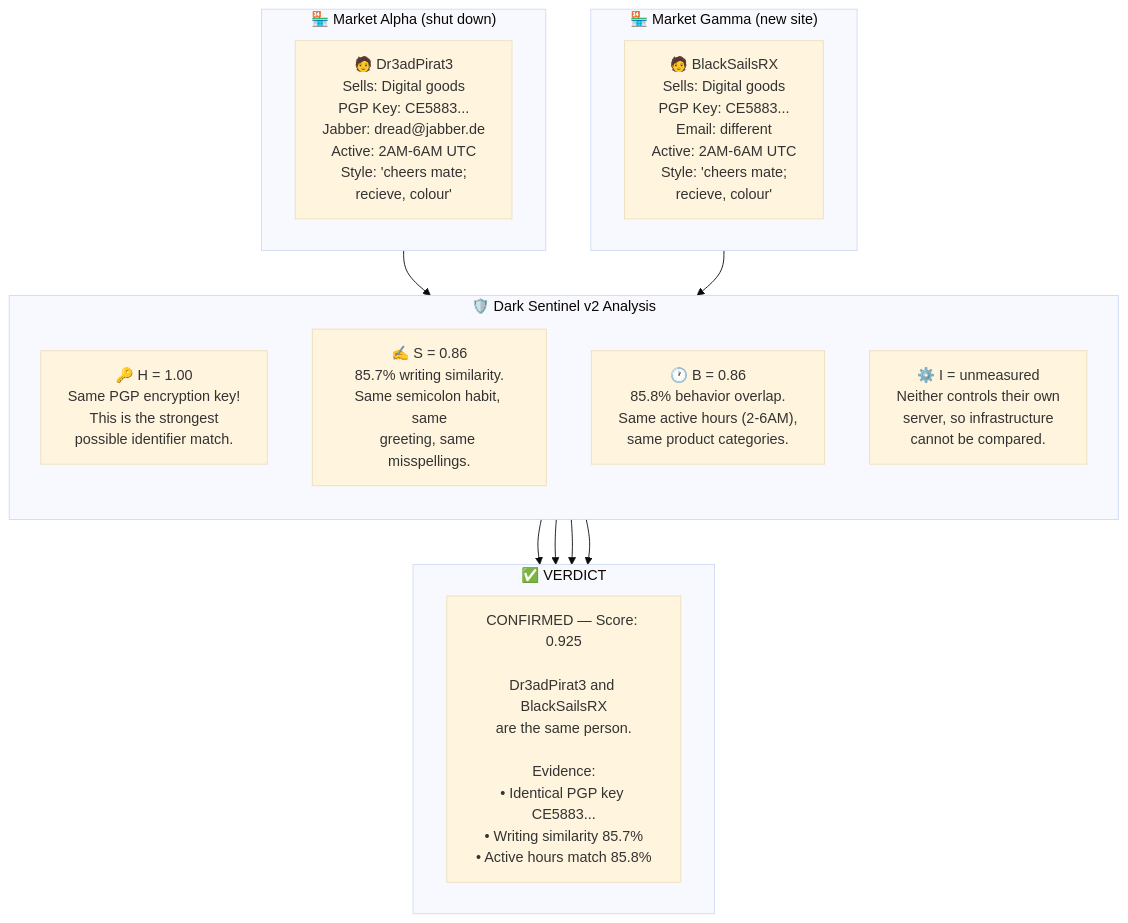
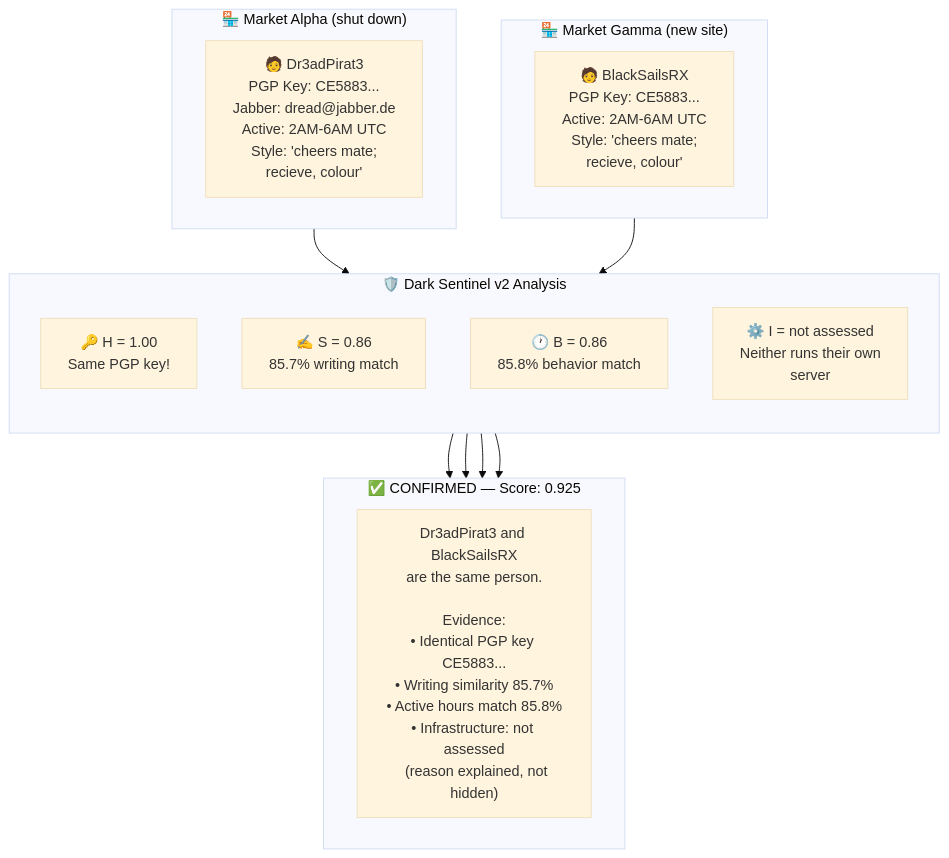
The eighth of 16 diagrams in docs/PROJECT_DOCUMENTATION.md (shubechavan/sih-bombil), drawn with Mermaid (base theme) before and after one commit. The commit also changed other lines of this file and 12 other files, not shown here.

````diff
--- a/docs/PROJECT_DOCUMENTATION.md
+++ b/docs/PROJECT_DOCUMENTATION.md
@@ -385,29 +341,29 @@
 ```mermaid
 flowchart TD
     subgraph before["🏪 Market Alpha (shut down)"]
-        VA["🧑 Dr3adPirat3<br/>Sells: Digital goods<br/>PGP Key: CE5883...<br/>Jabber: dread@jabber.de<br/>Active: 2AM-6AM UTC<br/>Style: 'cheers mate;<br/>recieve, colour'"]
+        VA["🧑 Dr3adPirat3<br/>PGP Key: CE5883...<br/>Jabber: dread@jabber.de<br/>Active: 2AM-6AM UTC<br/>Style: 'cheers mate;<br/>recieve, colour'"]
     end
 
     subgraph after["🏪 Market Gamma (new site)"]
-        VB["🧑 BlackSailsRX<br/>Sells: Digital goods<br/>PGP Key: CE5883...<br/>Email: different<br/>Active: 2AM-6AM UTC<br/>Style: 'cheers mate;<br/>recieve, colour'"]
+        VB["🧑 BlackSailsRX<br/>PGP Key: CE5883...<br/>Active: 2AM-6AM UTC<br/>Style: 'cheers mate;<br/>recieve, colour'"]
     end
 
     subgraph analysis["🛡️ Dark Sentinel v2 Analysis"]
         direction TB
-        C1["🔑 H = 1.00<br/>Same PGP encryption key!<br/>This is the strongest<br/>possible identifier match."]
-        C2["✍️ S = 0.86<br/>85.7% writing similarity.<br/>Same semicolon habit, same<br/>greeting, same misspellings."]
-        C3["🕐 B = 0.86<br/>85.8% behavior overlap.<br/>Same active hours (2-6AM),<br/>same product categories."]
-        C4["⚙️ I = unmeasured<br/>Neither controls their own<br/>server, so infrastructure<br/>cannot be compared."]
+        C1["🔑 H = 1.00<br/>Same PGP key!"]
+        C2["✍️ S = 0.86<br/>85.7% writing match"]
+        C3["🕐 B = 0.86<br/>85.8% behavior match"]
+        C4["⚙️ I = not assessed<br/>Neither runs their own<br/>server"]
     end
 
-    subgraph verdict["✅ VERDICT"]
-        V["CONFIRMED — Score: 0.925<br/><br/>Dr3adPirat3 and BlackSailsRX<br/>are the same person.<br/><br/>Evidence:<br/>• Identical PGP key CE5883...<br/>• Writing similarity 85.7%<br/>• Active hours match 85.8%"]
+    subgraph verdict["✅ CONFIRMED — Score: 0.925"]
+        V["Dr3adPirat3 and BlackSailsRX<br/>are the same person.<br/><br/>Evidence:<br/>• Identical PGP key CE5883...<br/>• Writing similarity 85.7%<br/>• Active hours match 85.8%<br/>• Infrastructure: not assessed<br/>  (reason explained, not hidden)"]
     end
 
     before --> analysis
     after --> analysis
     C1 --> verdict
     C2 --> verdict
     C3 --> verdict
     C4 --> verdict
 ```
````
